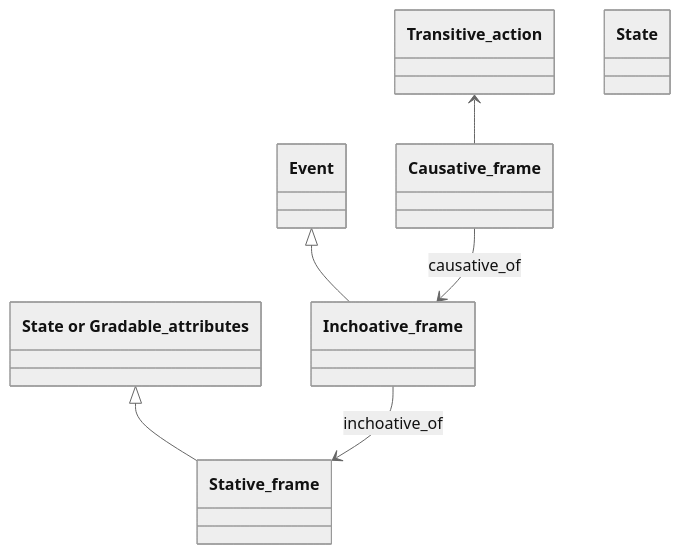
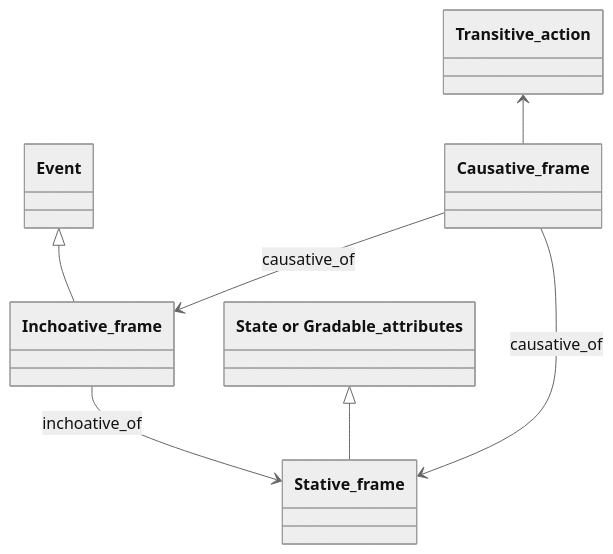
Before and after one commit to FrameNetBrasil/webtool4: the first of 7 diagrams in app/UI/views/Documentation/background/patterns.md, drawn with Mermaid (neutral theme). The commit also changed other lines of this file and 4 other files, not shown here.

````diff
--- a/app/UI/views/Documentation/background/patterns.md
+++ b/app/UI/views/Documentation/background/patterns.md
@@ -25,14 +25,14 @@
 ```mermaid
 classDiagram 
 class `Transitive_action` 
-class `State` 
 class `Event` 
 class `Causative_frame` 
 class `Stative_frame` 
 class `Inchoative_frame` 
 `Transitive_action` <-- `Causative_frame` 
 `State or Gradable_attributes` <|-- `Stative_frame` 
 `Event` <|-- `Inchoative_frame` 
-`Causative_frame` --> `Inchoative_frame`: causative_of 
+`Causative_frame` --> `Inchoative_frame`: causative_of
+`Causative_frame` --> `Stative_frame`: causative_of  
 `Inchoative_frame` --> `Stative_frame`: inchoative_of
 ```
````
